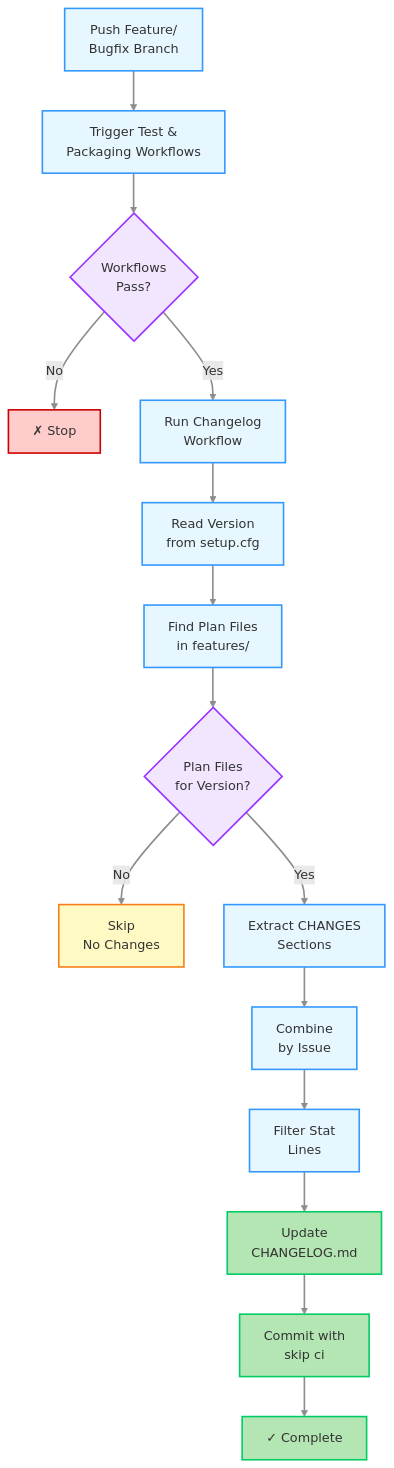
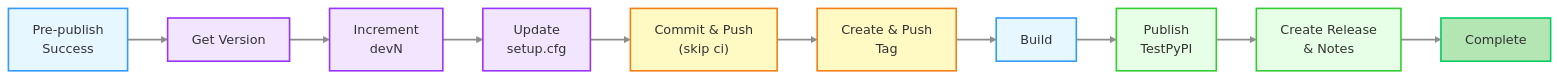
One commit to minouris/spafw37 changed the sixth of 17 diagrams in .github/RELEASE_PROCESS.md. Above: the diagram before and after it, drawn with Mermaid. The commit also changed other lines of this file and 4 other files, not shown here.

Commit message:
Fixed Changelog generation problems, and updated RELEASE_PROCESS.md

````diff
--- a/.github/RELEASE_PROCESS.md
+++ b/.github/RELEASE_PROCESS.md
@@ -387,31 +276,26 @@
 ```mermaid
-flowchart TD
-    A[Push Feature/<br/>Bugfix Branch] --> B[Trigger Test &<br/>Packaging Workflows]
-    B --> C{Workflows<br/>Pass?}
-    C -->|No| D[✗ Stop]
-    C -->|Yes| E[Run Changelog<br/>Workflow]
-    E --> F[Read Version<br/>from setup.cfg]
-    F --> G[Find Plan Files<br/>in features/]
-    G --> H{Plan Files<br/>for Version?}
-    H -->|No| I[Skip<br/>No Changes]
-    H -->|Yes| J[Extract CHANGES<br/>Sections]
-    J --> K[Combine<br/>by Issue]
-    K --> L[Filter Stat<br/>Lines]
-    L --> M[Update<br/>CHANGELOG.md]
-    M --> N[Commit with<br/>skip ci]
-    N --> O[✓ Complete]
+flowchart LR
+    A["Pre-publish<br/>Success"] --> B["Get Version"]
+    B --> C["Increment<br/>devN"]
+    C --> D["Update<br/>setup.cfg"]
+    D --> E["Commit & Push<br/>(skip ci)"]
+    E --> F["Create & Push<br/>Tag"]
+    F --> G["Build"]
+    G --> H["Publish<br/>TestPyPI"]
+    H --> I["Create Release<br/>& Notes"]
+    I --> J["Complete"]
     
     classDef processStyle fill:#e6f7ff,stroke:#3399ff,stroke-width:2px,color:#333
-    classDef decisionStyle fill:#f2e6ff,stroke:#9933ff,stroke-width:2px,color:#333
-    classDef errorStyle fill:#ffcccc,stroke:#cc0000,stroke-width:2px,color:#333
-    classDef skipStyle fill:#fff9c4,stroke:#f57f17,stroke-width:2px,color:#333
+    classDef versionStyle fill:#f2e6ff,stroke:#9933ff,stroke-width:2px,color:#333
+    classDef gitStyle fill:#fff9c4,stroke:#f57f17,stroke-width:2px,color:#333
+    classDef publishStyle fill:#e6ffe6,stroke:#33cc33,stroke-width:2px,color:#333
     classDef successStyle fill:#b3e6b3,stroke:#00cc66,stroke-width:2px,color:#333
     
-    class A,B,E,F,G,J,K,L processStyle
-    class C,H decisionStyle
-    class D errorStyle
-    class I skipStyle
-    class M,N,O successStyle
+    class A,G processStyle
+    class B,C,D versionStyle
+    class E,F gitStyle
+    class H,I publishStyle
+    class J successStyle
     
     linkStyle default stroke:#8c8c8c,stroke-width:2px
 ```
````
